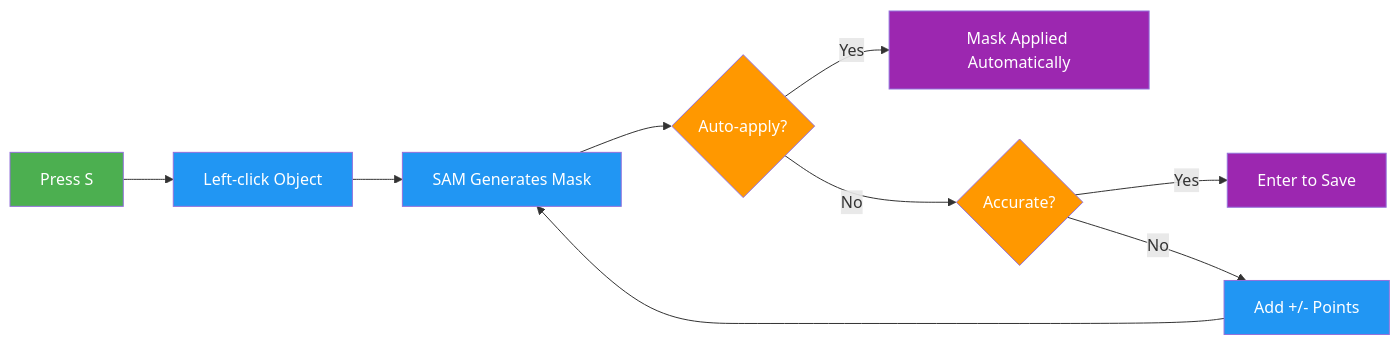
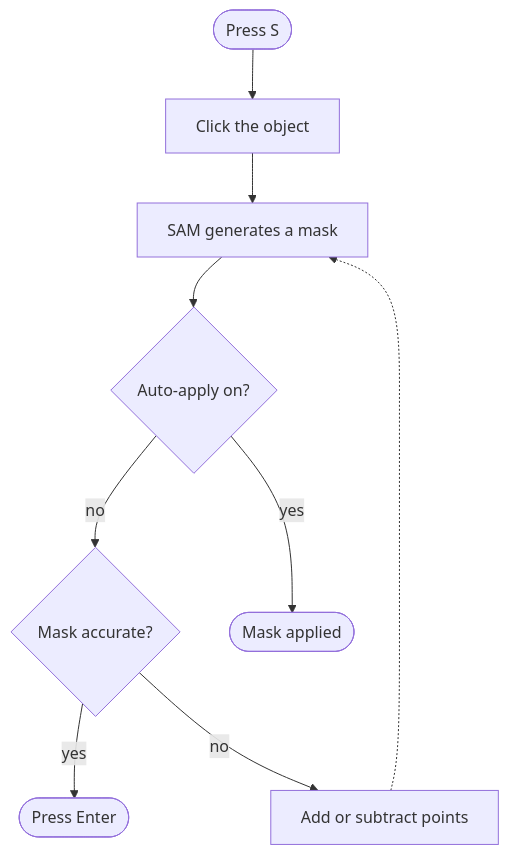
The third of 3 diagrams in docs/en/platform/data/annotation.md (ultralytics/ultralytics), drawn with Mermaid before and after one commit. The commit also changed other lines of this file and 20 other files, not shown here.

First line of the commit message:
Migrate docs Mermaid diagrams to the unified design system

````diff
--- a/docs/en/platform/data/annotation.md
+++ b/docs/en/platform/data/annotation.md
@@ -263,16 +253,11 @@
 ```mermaid
-graph LR
-    A[Press S]:::start --> B[Left-click Object]:::proc
-    B --> C[SAM Generates Mask]:::proc
-    C --> D{Auto-apply?}:::decide
-    D -->|Yes| E[Mask Applied Automatically]:::out
-    D -->|No| F{Accurate?}:::decide
-    F -->|Yes| G[Enter to Save]:::out
-    F -->|No| H[Add +/- Points]:::proc
-    H --> C
-
-    classDef start fill:#4CAF50,color:#fff
-    classDef proc fill:#2196F3,color:#fff
-    classDef decide fill:#FF9800,color:#fff
-    classDef out fill:#9C27B0,color:#fff
+flowchart TD
+    A([Press S]) --> B[Click the object]
+    B --> C[SAM generates a mask]
+    C --> D{Auto-apply on?}
+    D -->|no| F{Mask accurate?}
+    D -->|yes| E([Mask applied])
+    F -->|yes| G([Press Enter])
+    F -->|no| H[Add or subtract points]
+    H -.-> C
 ```
````
